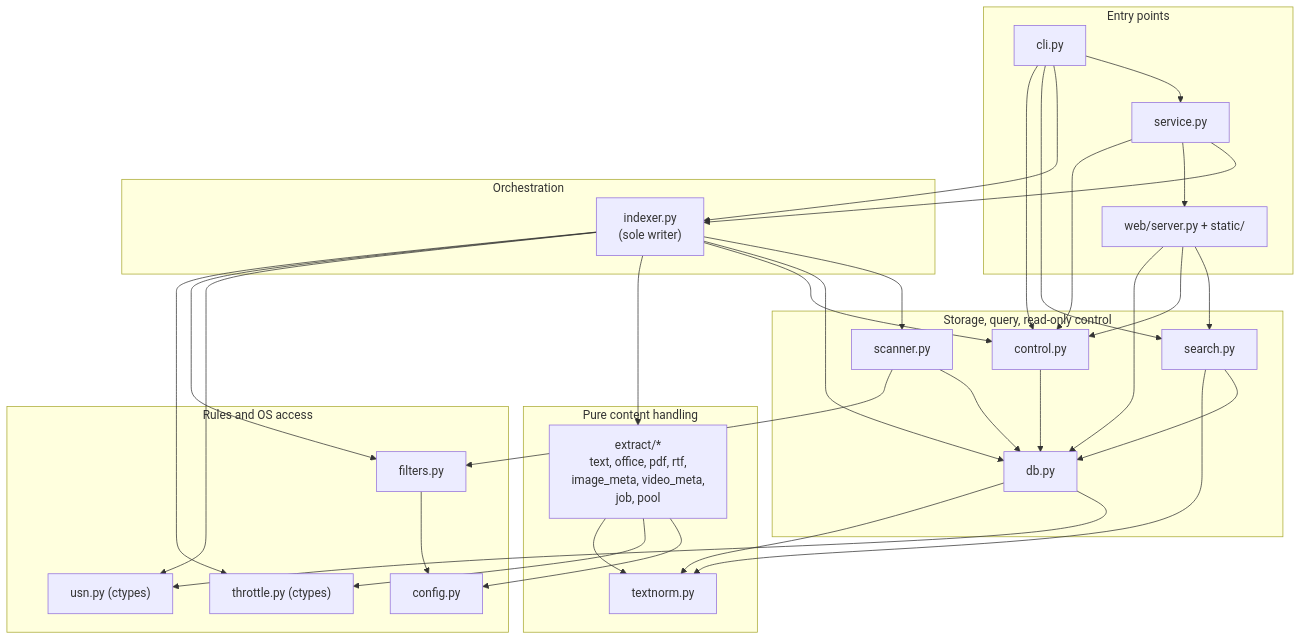
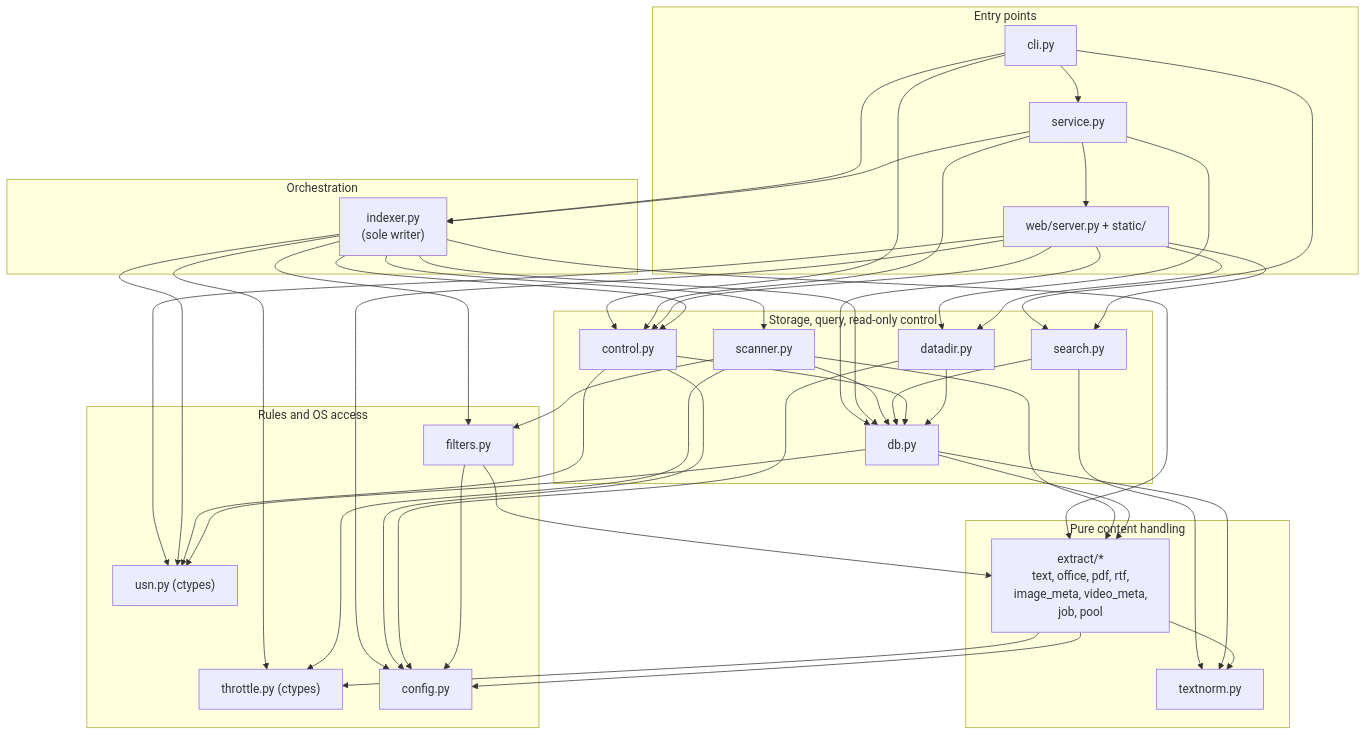
The second of 16 diagrams in architecture.md (igrowing/sindex), drawn with Mermaid before and after one commit. The commit also changed other lines of this file, not shown here.

````diff
--- a/architecture.md
+++ b/architecture.md
@@ -97,60 +97,73 @@
 ```mermaid
 flowchart TB
     subgraph L5["Entry points"]
         cli["cli.py"]
         service["service.py"]
         webs["web/server.py + static/"]
     end
 
     subgraph L4["Orchestration"]
         indexer["indexer.py<br/>(sole writer)"]
     end
 
     subgraph L3["Storage, query, read-only control"]
         db["db.py"]
         search["search.py"]
         control["control.py"]
         scanner["scanner.py"]
+        datadir["datadir.py"]
     end
 
     subgraph L2["Rules and OS access"]
         filters["filters.py"]
         usn["usn.py (ctypes)"]
         throttle["throttle.py (ctypes)"]
         config["config.py"]
     end
 
     subgraph L1["Pure content handling"]
         extract["extract/*<br/>text, office, pdf, rtf,<br/>image_meta, video_meta,<br/>job, pool"]
         textnorm["textnorm.py"]
     end
 
     cli --> service
     cli --> indexer
     cli --> search
     cli --> control
     service --> indexer
     service --> webs
     service --> control
+    service --> datadir
     webs --> search
     webs --> control
+    webs --> datadir
     webs --> db
+    webs --> config
+    webs --> usn
     indexer --> scanner
     indexer --> db
     indexer --> control
     indexer --> extract
     indexer --> usn
     indexer --> filters
     indexer --> throttle
     scanner --> db
     scanner --> filters
+    scanner --> extract
+    scanner --> throttle
     search --> db
     search --> textnorm
     control --> db
+    control --> config
+    control --> usn
+    datadir --> db
+    datadir --> config
     db --> usn
     db --> textnorm
+    db --> extract
     filters --> config
+    filters --> extract
     extract --> config
     extract --> throttle
     extract --> textnorm
 ```
````
